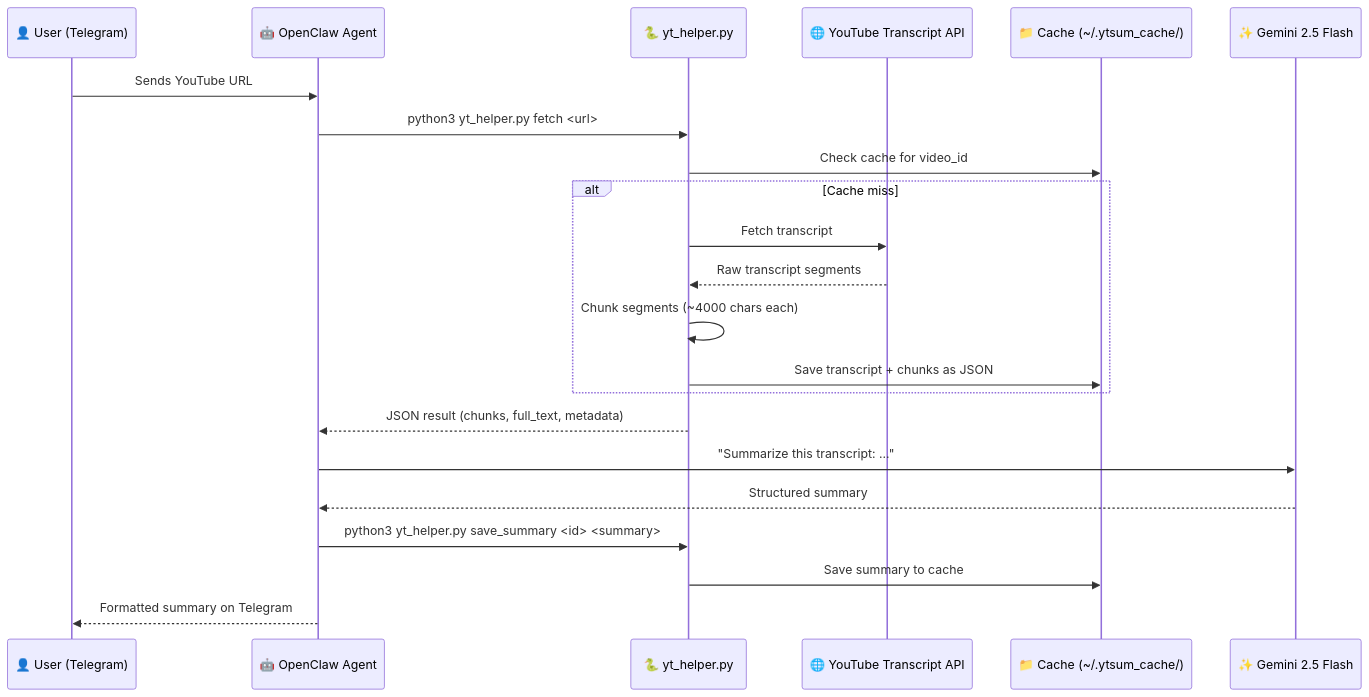
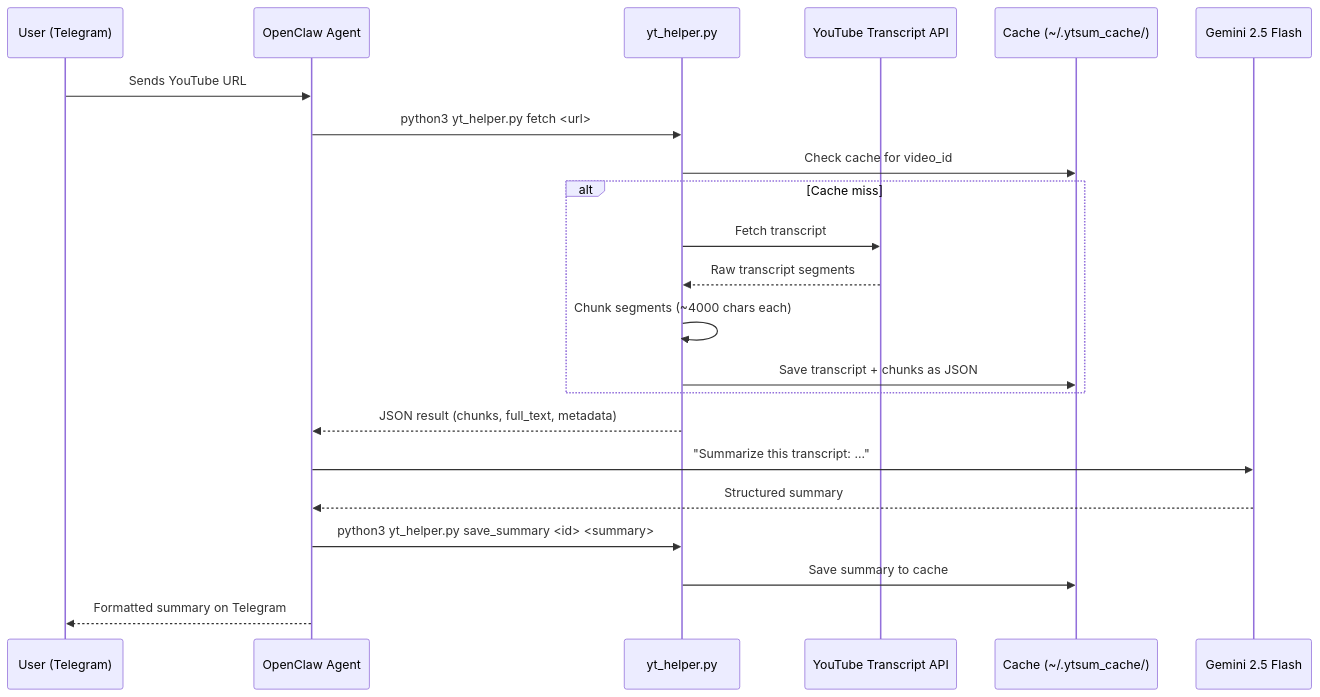
Before and after one commit to shrutikcs/ytsum: the first of 2 diagrams in README.md, drawn with Mermaid. The commit also changed other lines of this file, not shown here.

````diff
--- a/README.md
+++ b/README.md
@@ -326,25 +13,25 @@
 ```mermaid
 sequenceDiagram
-    participant U as 👤 User (Telegram)
-    participant O as 🤖 OpenClaw Agent
-    participant Y as 🐍 yt_helper.py
-    participant API as 🌐 YouTube Transcript API
-    participant C as 📁 Cache (~/.ytsum_cache/)
-    participant G as ✨ Gemini 2.5 Flash
+    participant U as User (Telegram)
+    participant O as OpenClaw Agent
+    participant Y as yt_helper.py
+    participant API as YouTube Transcript API
+    participant C as Cache (~/.ytsum_cache/)
+    participant G as Gemini 2.5 Flash
 
     U->>O: Sends YouTube URL
     O->>Y: python3 yt_helper.py fetch <url>
     Y->>C: Check cache for video_id
     alt Cache miss
         Y->>API: Fetch transcript
         API-->>Y: Raw transcript segments
         Y->>Y: Chunk segments (~4000 chars each)
         Y->>C: Save transcript + chunks as JSON
     end
     Y-->>O: JSON result (chunks, full_text, metadata)
     O->>G: "Summarize this transcript: ..."
     G-->>O: Structured summary
     O->>Y: python3 yt_helper.py save_summary <id> <summary>
     Y->>C: Save summary to cache
     O-->>U: Formatted summary on Telegram
 ```
````
